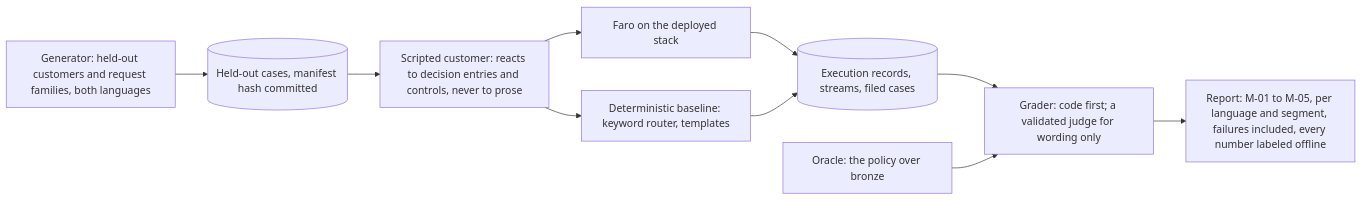
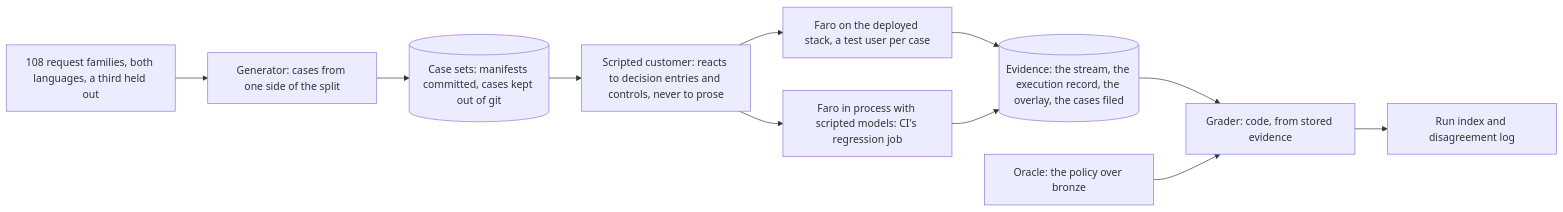
Before and after one commit to gafnts/factored-hackathon-2026-gafnts: the fifth of 5 diagrams in docs/architecture.md, drawn with Mermaid. The commit also changed other lines of this file, not shown here.

Commit message:
Rewrite the architecture page to what prototype runs after promotion 3

````diff
--- a/docs/architecture.md
+++ b/docs/architecture.md
@@ -155,17 +194,18 @@
 ```mermaid
 flowchart LR
-  GEN["Generator: held-out customers and request families, both languages"]
-  CASES[("Held-out cases, manifest hash committed")]
+  FAM["108 request families, both languages, a third held out"]
+  GEN["Generator: cases from one side of the split"]
+  CASES[("Case sets: manifests committed, cases kept out of git")]
   CUST["Scripted customer: reacts to decision entries and controls, never to prose"]
-  SYS["Faro on the deployed stack"]
-  BASE["Deterministic baseline: keyword router, templates"]
-  REC[("Execution records, streams, filed cases")]
+  SYS["Faro on the deployed stack, a test user per case"]
+  PROC["Faro in process with scripted models: CI's regression job"]
+  REC[("Evidence: the stream, the execution record, the overlay, the cases filed")]
   ORC["Oracle: the policy over bronze"]
-  GRADE["Grader: code first; a validated judge for wording only"]
-  REP["Report: M-01 to M-05, per language and segment, failures included, every number labeled offline"]
-  GEN --> CASES --> CUST
+  GRADE["Grader: code, from stored evidence"]
+  OUT["Run index and disagreement log"]
+  FAM --> GEN --> CASES --> CUST
   CUST --> SYS --> REC
-  CUST --> BASE --> REC
+  CUST --> PROC --> REC
   REC --> GRADE
-  ORC --> GRADE --> REP
+  ORC --> GRADE --> OUT
 ```
````
